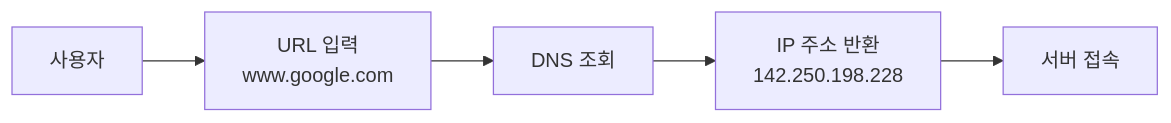
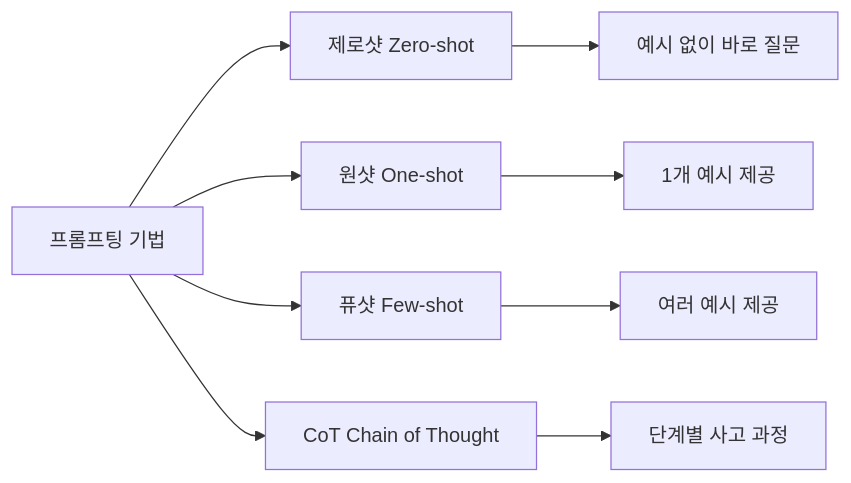
One commit to nugurejeil/weniVooks changed the first of 2 diagrams in _md/essentials-vibecoding/chapter03/03-3.md. Above: the diagram before and after it, drawn with Mermaid. The commit also changed other lines of this file and 49 other files, not shown here.

````diff
--- a/_md/essentials-vibecoding/chapter03/03-3.md
+++ b/_md/essentials-vibecoding/chapter03/03-3.md
@@ -13,7 +28,12 @@
 ```mermaid
-flowchart LR
-    A["사용자"] --> B["URL 입력<br/>www.google.com"]
-    B --> C["DNS 조회"]
-    C --> D["IP 주소 반환<br/>142.250.198.228"]
-    D --> E["서버 접속"]
+graph LR
+    A["프롬프팅 기법"] --> B["제로샷 Zero-shot"]
+    A --> C["원샷 One-shot"]
+    A --> D["퓨샷 Few-shot"]
+    A --> E["CoT Chain of Thought"]
+
+    B --> B1["예시 없이 바로 질문"]
+    C --> C1["1개 예시 제공"]
+    D --> D1["여러 예시 제공"]
+    E --> E1["단계별 사고 과정"]
 ```
````
